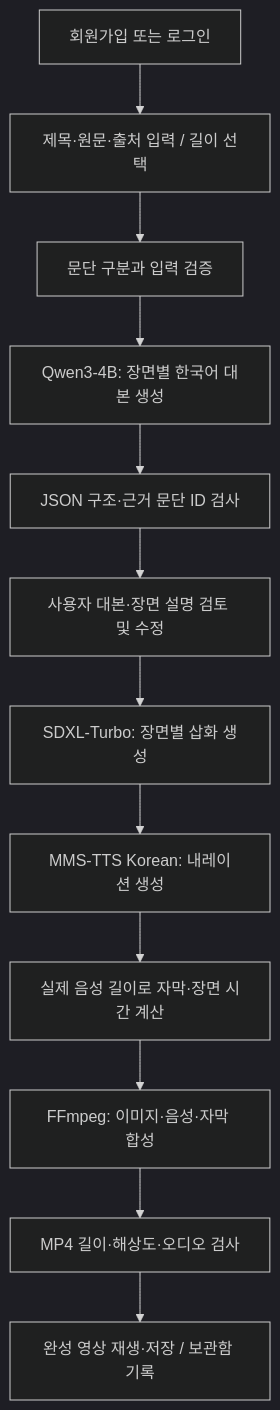
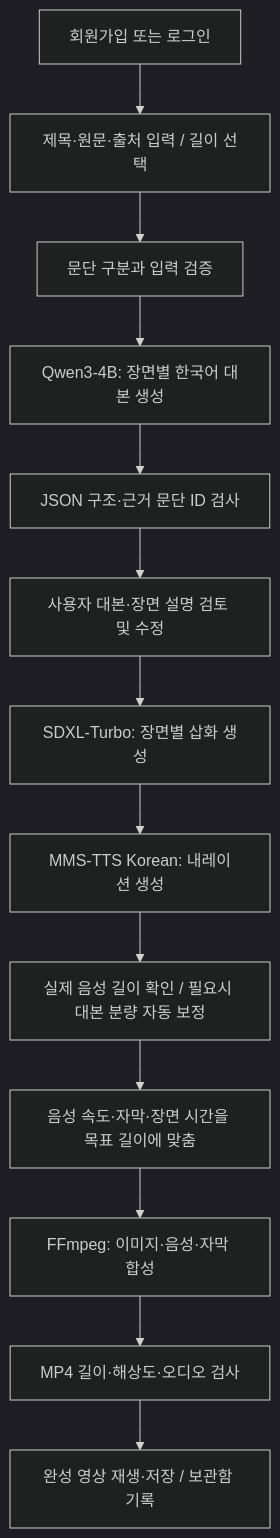
One commit to wittycomputer/Shorts_Story changed the second of 3 diagrams in docs/PROJECT_OVERVIEW.md. Above: the diagram before and after it, drawn with Mermaid (dark theme). The commit also changed other lines of this file and 9 other files, not shown here.

````diff
--- a/docs/PROJECT_OVERVIEW.md
+++ b/docs/PROJECT_OVERVIEW.md
@@ -59,14 +59,15 @@
 ```mermaid
 flowchart TD
     Start["회원가입 또는 로그인"] --> Input["제목·원문·출처 입력 / 길이 선택"]
     Input --> Paragraphs["문단 구분과 입력 검증"]
     Paragraphs --> Qwen["Qwen3-4B: 장면별 한국어 대본 생성"]
     Qwen --> Structure["JSON 구조·근거 문단 ID 검사"]
     Structure --> Review["사용자 대본·장면 설명 검토 및 수정"]
     Review --> Images["SDXL-Turbo: 장면별 삽화 생성"]
     Images --> Voice["MMS-TTS Korean: 내레이션 생성"]
-    Voice --> Timing["실제 음성 길이로 자막·장면 시간 계산"]
+    Voice --> Fit["실제 음성 길이 확인 / 필요시 대본 분량 자동 보정"]
+    Fit --> Timing["음성 속도·자막·장면 시간을 목표 길이에 맞춤"]
     Timing --> Video["FFmpeg: 이미지·음성·자막 합성"]
     Video --> Check["MP4 길이·해상도·오디오 검사"]
     Check --> Done["완성 영상 재생·저장 / 보관함 기록"]
 ```
````
